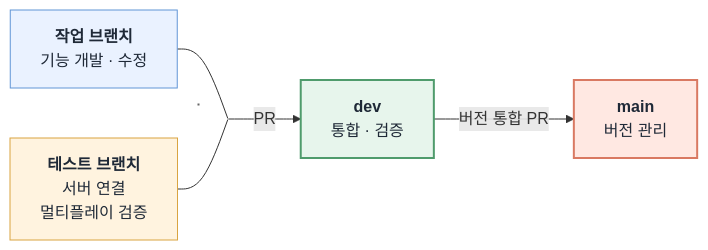
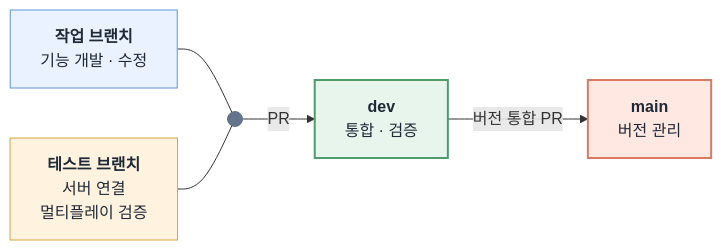
Before and after one commit to j1sung/ChickenFight: the second of 2 diagrams in README.md, drawn with Mermaid.

````diff
--- a/README.md
+++ b/README.md
@@ -189,19 +189,19 @@
 ```mermaid
 flowchart LR
     Work["<b>작업 브랜치</b><br/>기능 개발 · 수정"]
     Test["<b>테스트 브랜치</b><br/>서버 연결<br/>멀티플레이 검증"]
-    Join[" "]
+    Join(( ))
     Dev["<b>dev</b><br/>통합 · 검증"]
     Main["<b>main</b><br/>버전 관리"]
 
     Work --- Join
     Test --- Join
     Join -->|PR| Dev
     Dev -->|버전 통합 PR| Main
 
     style Work fill:#EAF2FF,stroke:#6195D6,color:#1F2937
     style Test fill:#FFF3DF,stroke:#D9A441,color:#1F2937
-    style Join width:1px,height:1px,padding:0px,font-size:0px,fill:#666,stroke:#666
+    style Join fill:#64748B,stroke:#64748B
     style Dev fill:#E7F5EC,stroke:#4F9B6C,color:#1F2937,stroke-width:2px
     style Main fill:#FFE8E2,stroke:#D97962,color:#1F2937,stroke-width:2px
 ```
````
